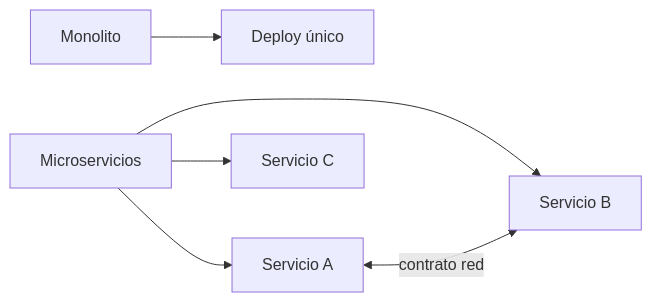
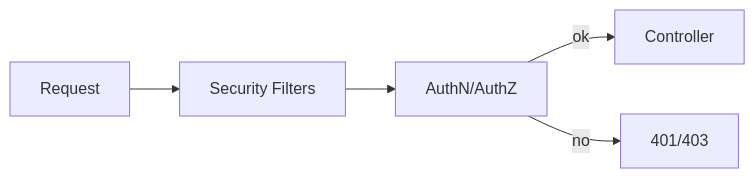
The diagram in web/public/content/microservices/modulo-9.md (NICORUIZ93/The_Imperial_Book), drawn with Mermaid before and after one commit. The commit also changed other lines of this file and 67 other files, not shown here.

````diff
--- a/web/public/content/microservices/modulo-9.md
+++ b/web/public/content/microservices/modulo-9.md
@@ -25,8 +17,7 @@
 ```mermaid
 flowchart LR
-  M[Monolito] --> D1[Deploy único]
-  MS[Microservicios] --> S1[Servicio A]
-  MS --> S2[Servicio B]
-  MS --> S3[Servicio C]
-  S1 <-->|contrato red| S2
+  R[Request] --> F[Security Filters]
+  F --> A[AuthN/AuthZ]
+  A -->|ok| C[Controller]
+  A -->|no| E[401/403]
 ```
````
